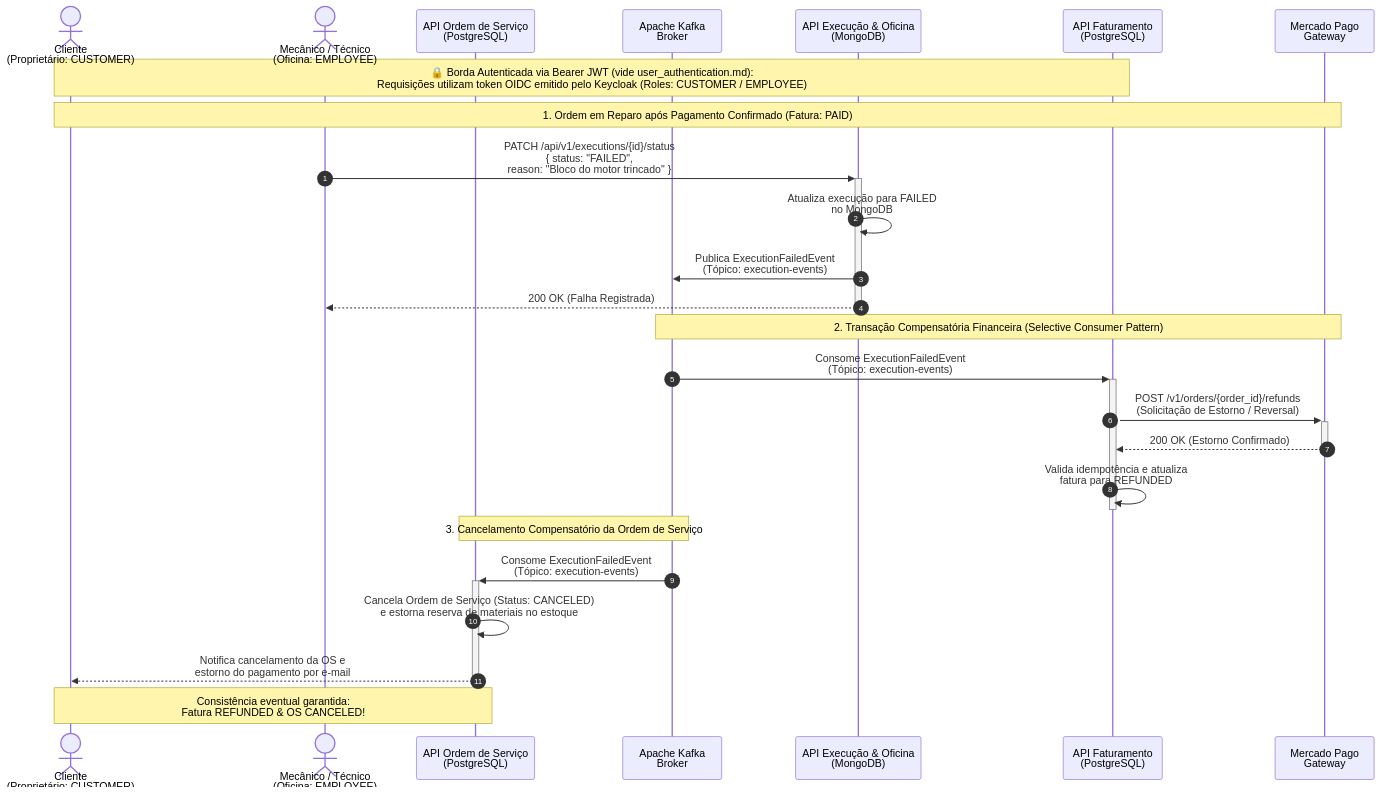
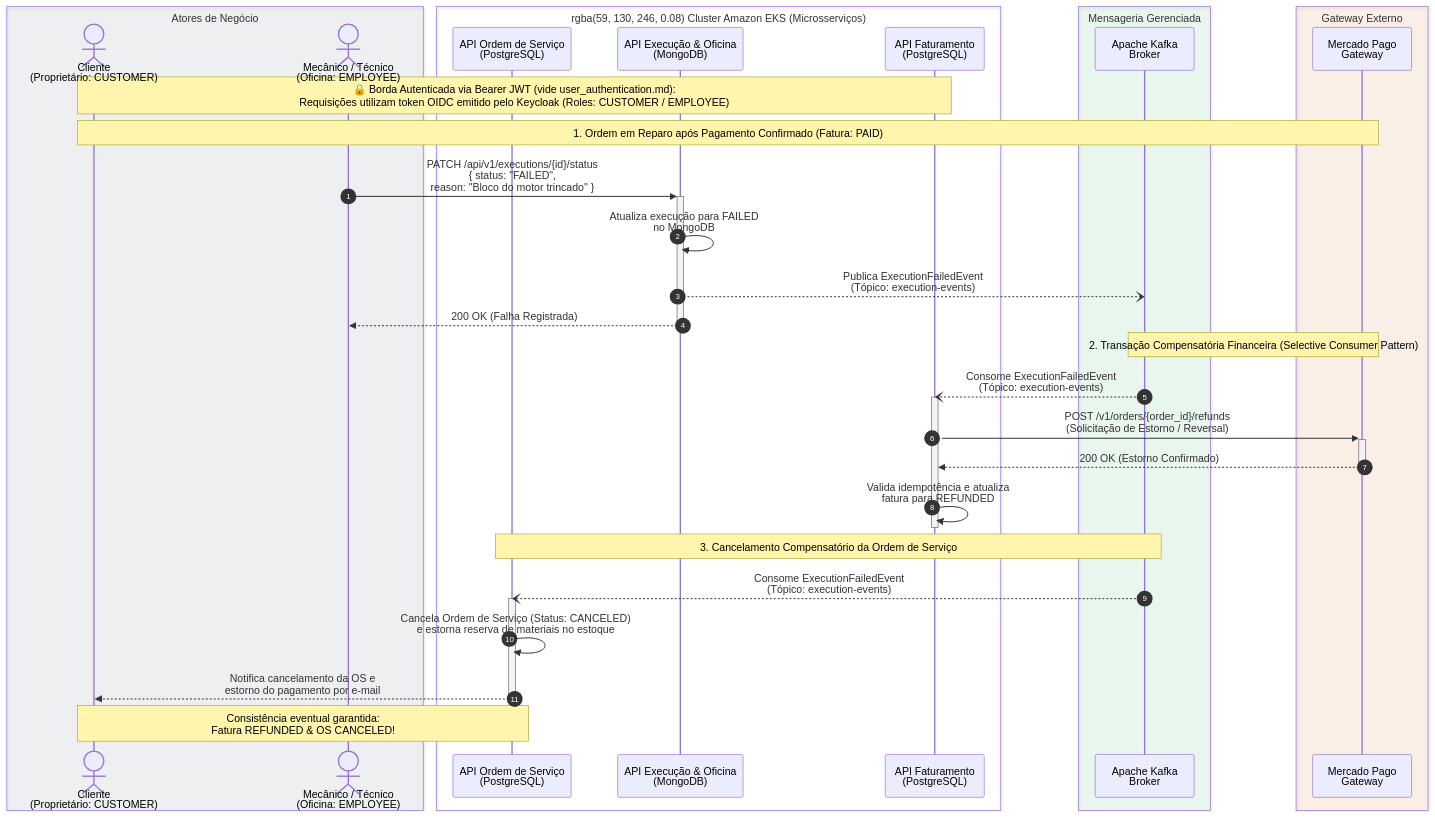
The third of 4 diagrams in src/test/resources/features/saga/choreographed_saga.md (rodsordi/15soat-phase4-e2e), drawn with Mermaid before and after one commit. The commit also changed other lines of this file and 19 other files, not shown here.

Commit message:
feat(e2e): update sequence diagrams, estimate lifecycle features and step definitions

````diff
--- a/src/test/resources/features/saga/choreographed_saga.md
+++ b/src/test/resources/features/saga/choreographed_saga.md
@@ -156,33 +156,43 @@
 ```mermaid
 sequenceDiagram
     autonumber
-    actor Cliente as Cliente<br/>(Proprietário: CUSTOMER)
-    actor Mecanico as Mecânico / Técnico<br/>(Oficina: EMPLOYEE)
-    participant OS as API Ordem de Serviço<br/>(PostgreSQL)
-    participant Kafka as Apache Kafka<br/>Broker
-    participant Exec as API Execução & Oficina<br/>(MongoDB)
-    participant Billing as API Faturamento<br/>(PostgreSQL)
-    participant MP as Mercado Pago<br/>Gateway
+    box rgba(100, 116, 139, 0.08) Atores de Negócio
+        actor Cliente as Cliente<br/>(Proprietário: CUSTOMER)
+        actor Mecanico as Mecânico / Técnico<br/>(Oficina: EMPLOYEE)
+    end
+    box rgba(59, 130, 246, 0.08) Cluster Amazon EKS (Microsserviços)
+        participant OS as API Ordem de Serviço<br/>(PostgreSQL)
+        participant Exec as API Execução & Oficina<br/>(MongoDB)
+        participant Billing as API Faturamento<br/>(PostgreSQL)
+    end
+    box rgba(34, 197, 94, 0.08) Mensageria Gerenciada
+        participant Kafka as Apache Kafka<br/>Broker
+    end
+    box rgba(249, 115, 22, 0.08) Gateway Externo
+        participant MP as Mercado Pago<br/>Gateway
+    end
 
     Note over Cliente,Billing: 🔒 Borda Autenticada via Bearer JWT (vide user_authentication.md):<br/>Requisições utilizam token OIDC emitido pelo Keycloak (Roles: CUSTOMER / EMPLOYEE)
 
     Note over Cliente,MP: 1. Ordem em Reparo após Pagamento Confirmado (Fatura: PAID)
     Mecanico->>+Exec: PATCH /api/v1/executions/{id}/status<br/>{ status: "FAILED",<br/>  reason: "Bloco do motor trincado" }
     Exec->>Exec: Atualiza execução para FAILED<br/>no MongoDB
-    Exec->>Kafka: Publica ExecutionFailedEvent<br/>(Tópico: execution-events)
+    Exec--)Kafka: Publica ExecutionFailedEvent<br/>(Tópico: execution-events)
     Exec-->>-Mecanico: 200 OK (Falha Registrada)
 
     Note over Kafka,MP: 2. Transação Compensatória Financeira (Selective Consumer Pattern)
-    Kafka->>+Billing: Consome ExecutionFailedEvent<br/>(Tópico: execution-events)
+    Kafka--)Billing: Consome ExecutionFailedEvent<br/>(Tópico: execution-events)
+    activate Billing
     Billing->>+MP: POST /v1/orders/{order_id}/refunds<br/>(Solicitação de Estorno / Reversal)
     MP-->>-Billing: 200 OK (Estorno Confirmado)
     Billing->>Billing: Valida idempotência e atualiza<br/>fatura para REFUNDED
     deactivate Billing
 
     Note over OS,Kafka: 3. Cancelamento Compensatório da Ordem de Serviço
-    Kafka->>+OS: Consome ExecutionFailedEvent<br/>(Tópico: execution-events)
+    Kafka--)OS: Consome ExecutionFailedEvent<br/>(Tópico: execution-events)
+    activate OS
     OS->>OS: Cancela Ordem de Serviço (Status: CANCELED)<br/>e estorna reserva de materiais no estoque
     OS-->>Cliente: Notifica cancelamento da OS e<br/>estorno do pagamento por e-mail
     deactivate OS
     Note over Cliente,OS: Consistência eventual garantida:<br/>Fatura REFUNDED & OS CANCELED!
 ```
````
